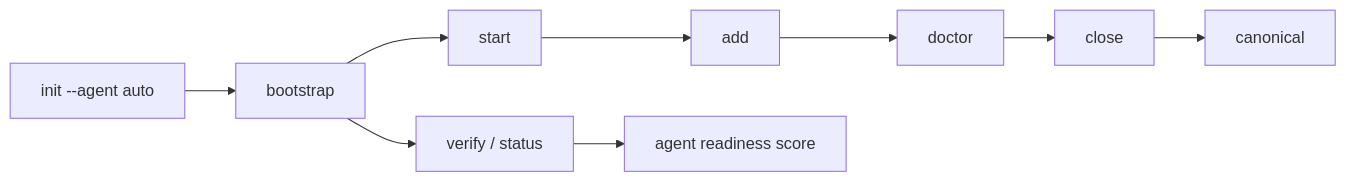
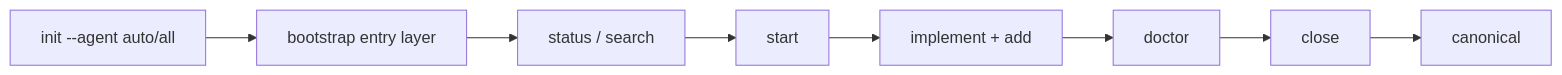
One commit to thaildhe172591/Atlas-Force changed the diagram in README.md. Above: the diagram before and after it, drawn with Mermaid. The commit also changed other lines of this file and 57 other files, not shown here.

````diff
--- a/README.md
+++ b/README.md
@@ -30,11 +30,10 @@
 ```mermaid
 flowchart LR
-  A["init --agent auto"] --> B["bootstrap"]
-  B --> C["start"]
-  C --> D["add"]
-  D --> E["doctor"]
-  E --> F["close"]
-  F --> G["canonical"]
-  B --> H["verify / status"]
-  H --> I["agent readiness score"]
+  A["init --agent auto/all"] --> B["bootstrap entry layer"]
+  B --> C["status / search"]
+  C --> D["start"]
+  D --> E["implement + add"]
+  E --> F["doctor"]
+  F --> G["close"]
+  G --> H["canonical"]
 ```
````
